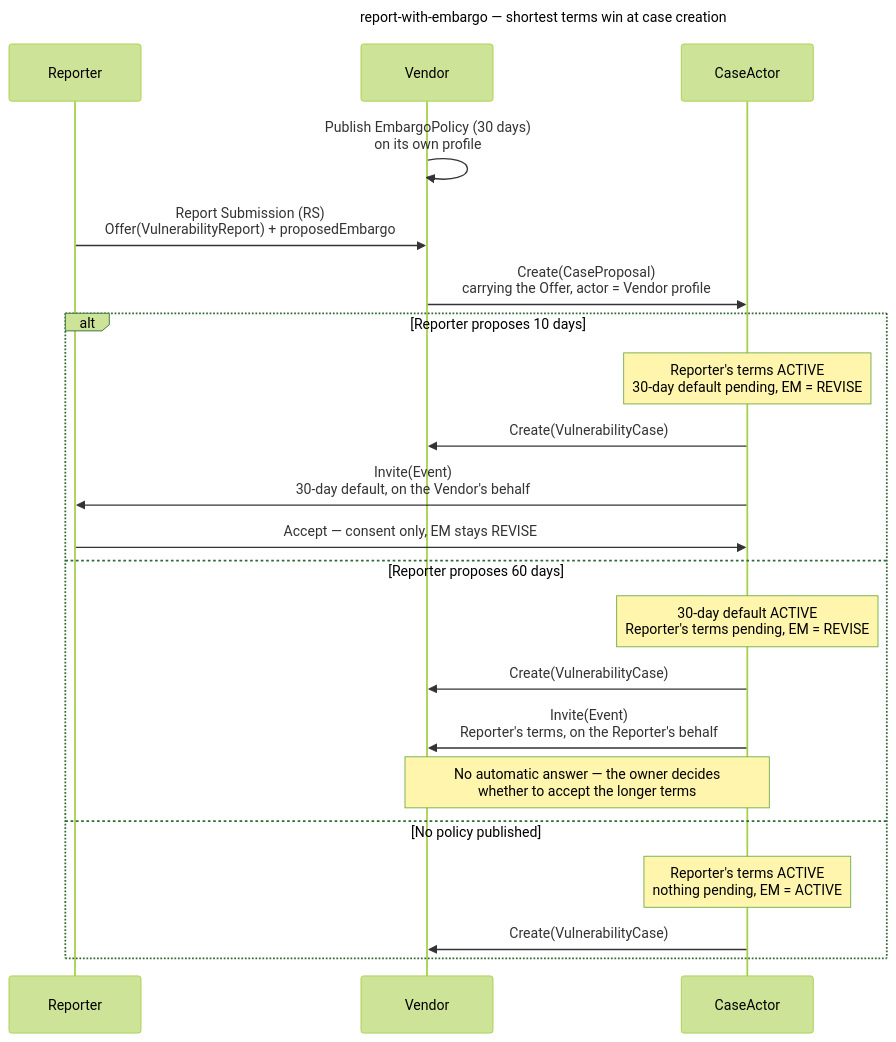
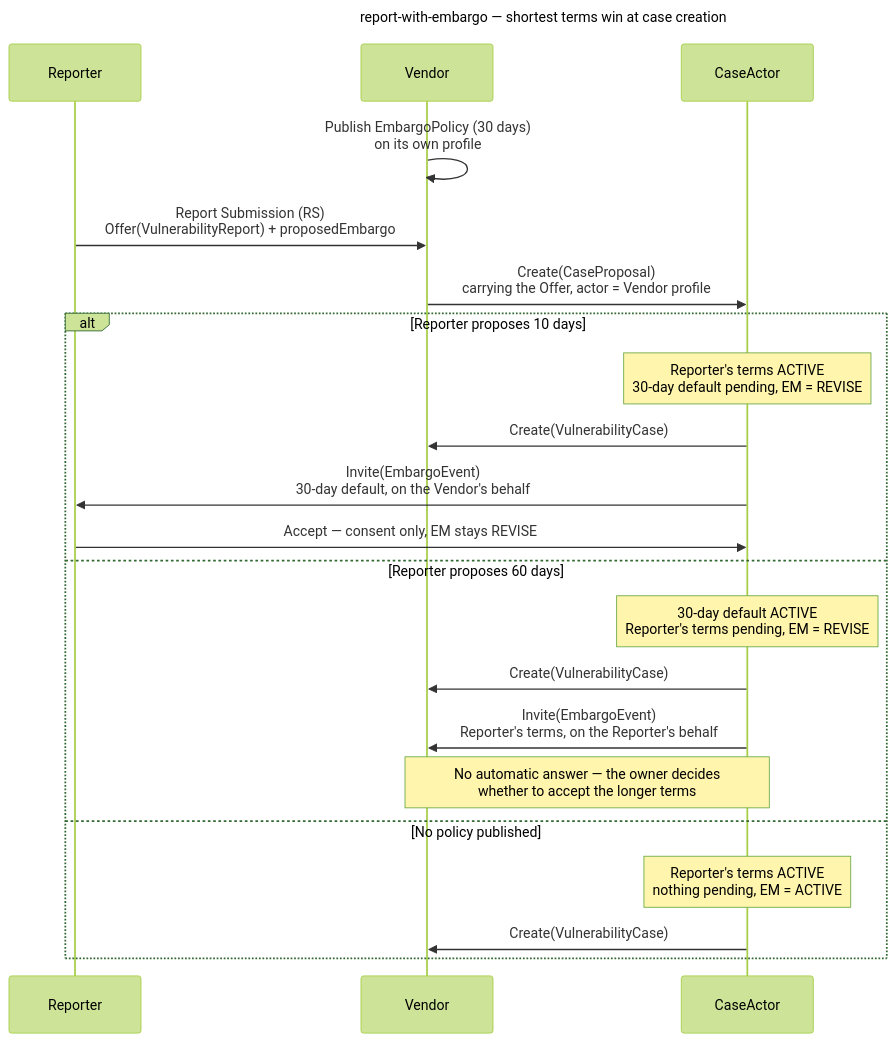
Before and after one commit to CERTCC/Vultron: the sixth of 9 diagrams in docs/tutorials/other_demos.md, drawn with Mermaid (forest theme). The commit also changed other lines of this file and 54 other files, not shown here.

First line of the commit message:
docs: write the embargo type the sender emits, EmbargoEvent

````diff
--- a/docs/tutorials/other_demos.md
+++ b/docs/tutorials/other_demos.md
@@ -274,27 +274,27 @@
 ```mermaid
 ---
 title: report-with-embargo — shortest terms win at case creation
 ---
 sequenceDiagram
     participant R as Reporter
     participant V as Vendor
     participant CA as CaseActor
 
     V->>V: Publish EmbargoPolicy (30 days)<br/>on its own profile
     R->>V: Report Submission (RS)<br/>Offer(VulnerabilityReport) + proposedEmbargo
     V->>CA: Create(CaseProposal)<br/>carrying the Offer, actor = Vendor profile
     alt Reporter proposes 10 days
         Note over CA: Reporter's terms ACTIVE<br/>30-day default pending, EM = REVISE
         CA->>V: Create(VulnerabilityCase)
-        CA->>R: Invite(Event)<br/>30-day default, on the Vendor's behalf
+        CA->>R: Invite(EmbargoEvent)<br/>30-day default, on the Vendor's behalf
         R->>CA: Accept — consent only, EM stays REVISE
     else Reporter proposes 60 days
         Note over CA: 30-day default ACTIVE<br/>Reporter's terms pending, EM = REVISE
         CA->>V: Create(VulnerabilityCase)
-        CA->>V: Invite(Event)<br/>Reporter's terms, on the Reporter's behalf
+        CA->>V: Invite(EmbargoEvent)<br/>Reporter's terms, on the Reporter's behalf
         Note over V,CA: No automatic answer — the owner decides<br/>whether to accept the longer terms
     else No policy published
         Note over CA: Reporter's terms ACTIVE<br/>nothing pending, EM = ACTIVE
         CA->>V: Create(VulnerabilityCase)
     end
 ```
````
